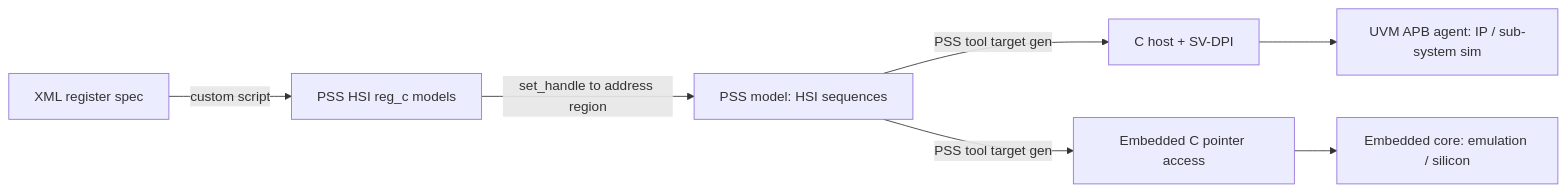
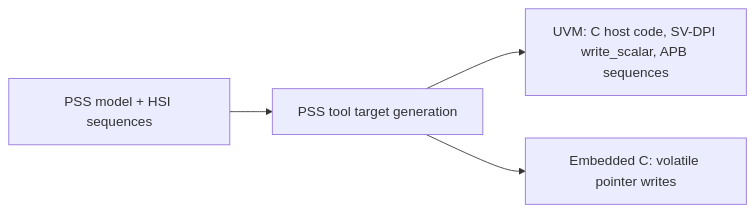
Before and after one commit to nemo99007/yt-paper: the diagram in docs/papers/ref-20261018-e10a-using-pss-20-hardware-software-interface-to-validate-4g5g-fo.md, drawn with Mermaid. The commit also changed other lines of this file and 172 other files, not shown here.

````diff
--- a/docs/papers/ref-20261018-e10a-using-pss-20-hardware-software-interface-to-validate-4g5g-fo.md
+++ b/docs/papers/ref-20261018-e10a-using-pss-20-hardware-software-interface-to-validate-4g5g-fo.md
@@ -186,9 +199,6 @@
 ```mermaid
 flowchart LR
-  A[XML register spec] -->|custom script| B[PSS HSI reg_c models]
-  B -->|set_handle to address region| C[PSS model: HSI sequences]
-  C -->|PSS tool target gen| D[C host + SV-DPI]
-  C -->|PSS tool target gen| E[Embedded C pointer access]
-  D --> F[UVM APB agent: IP / sub-system sim]
-  E --> G[Embedded core: emulation / silicon]
+  A[PSS model + HSI sequences] --> B[PSS tool target generation]
+  B --> C[UVM: C host code, SV-DPI write_scalar, APB sequences]
+  B --> D[Embedded C: volatile pointer writes]
 ```
````
